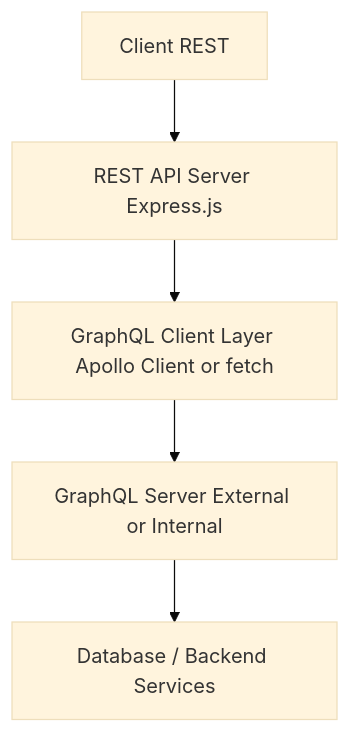
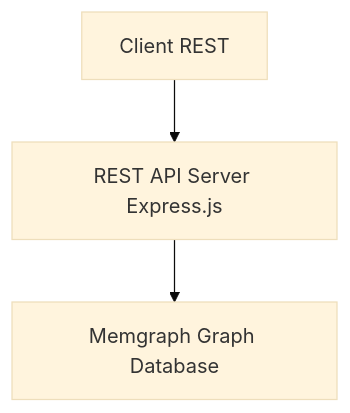
One commit to CBIIT/ccdi-data-federation-rest changed the diagram in graphql-to-rest-design.md. Above: the diagram before and after it, drawn with Mermaid (base theme). The commit also changed other lines of this file and 1 other file, not shown here.

````diff
--- a/graphql-to-rest-design.md
+++ b/graphql-to-rest-design.md
@@ -12,7 +12,5 @@
 ```mermaid
 graph TD
   A[Client REST] --> B[REST API Server Express.js]
-  B --> C[GraphQL Client Layer Apollo Client or fetch]
-  C --> D[GraphQL Server External or Internal]
-  D --> E[Database / Backend Services]
+  B --> C[Memgraph Graph Database]
 ```
````
